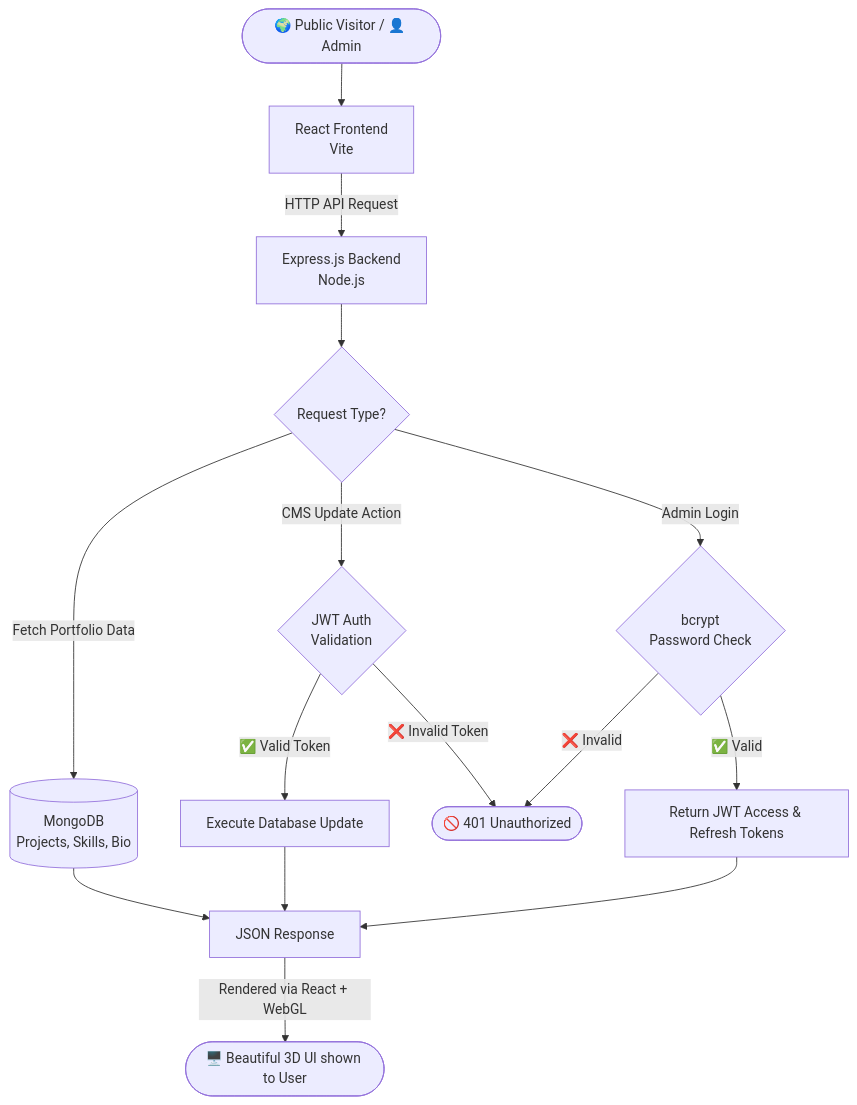
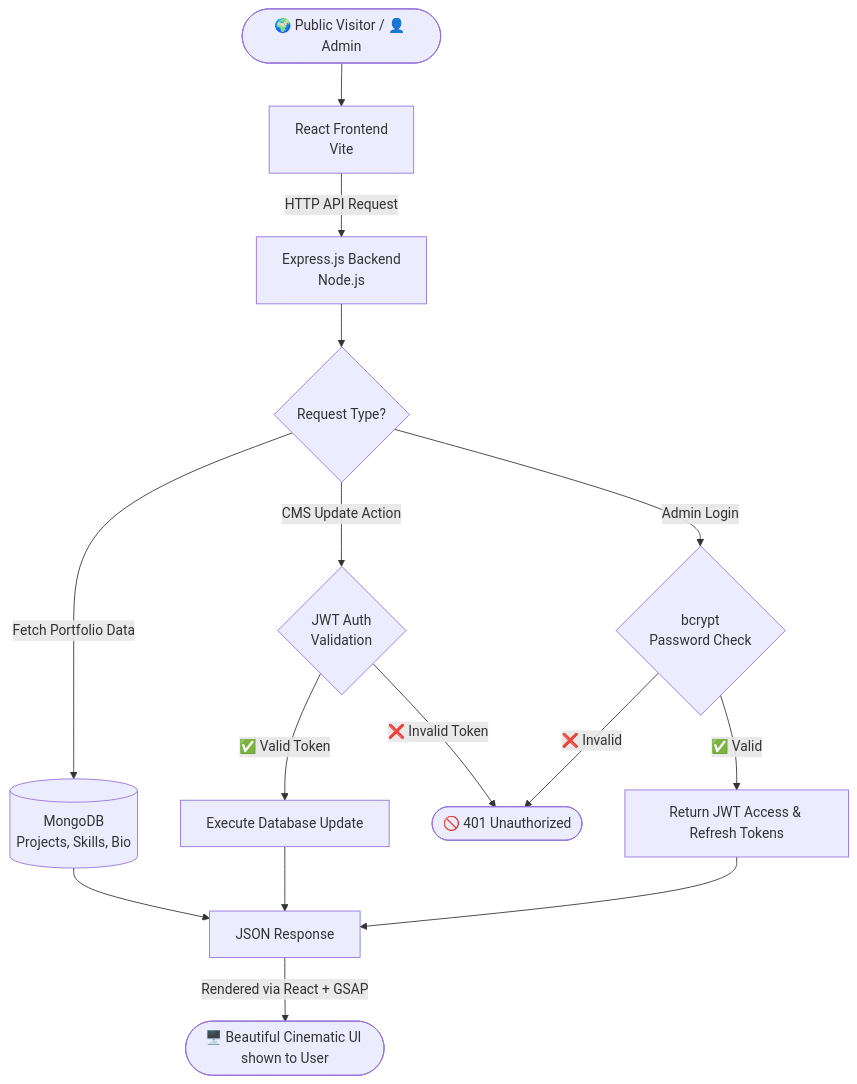
The diagram in README.md (abdulsami-S/smart-folio), drawn with Mermaid before and after one commit. The commit also changed other lines of this file, not shown here.

First line of the commit message:
Revise README for cinematic portfolio details

````diff
--- a/README.md
+++ b/README.md
@@ -97,24 +105,24 @@
 ```mermaid
 flowchart TD
     A([🌍 Public Visitor / 👤 Admin]) --> B[React Frontend\nVite]
 
     B -->|HTTP API Request| C[Express.js Backend\nNode.js]
 
     C --> D{Request Type?}
 
     D -->|Fetch Portfolio Data| E[(MongoDB\nProjects, Skills, Bio)]
     D -->|Admin Login| H{bcrypt\nPassword Check}
     D -->|CMS Update Action| JWT{JWT Auth\nValidation}
 
     JWT -->|✅ Valid Token| ADM[Execute Database Update]
     JWT -->|❌ Invalid Token| J([🚫 401 Unauthorized])
 
     H -->|✅ Valid| I[Return JWT Access & Refresh Tokens]
     H -->|❌ Invalid| J
 
     E --> M[JSON Response]
     ADM --> M
     I --> M
 
-    M -->|Rendered via React + WebGL| N([🖥️ Beautiful 3D UI shown to User])
+    M -->|Rendered via React + GSAP| N([🖥️ Beautiful Cinematic UI shown to User])
 ```
````
